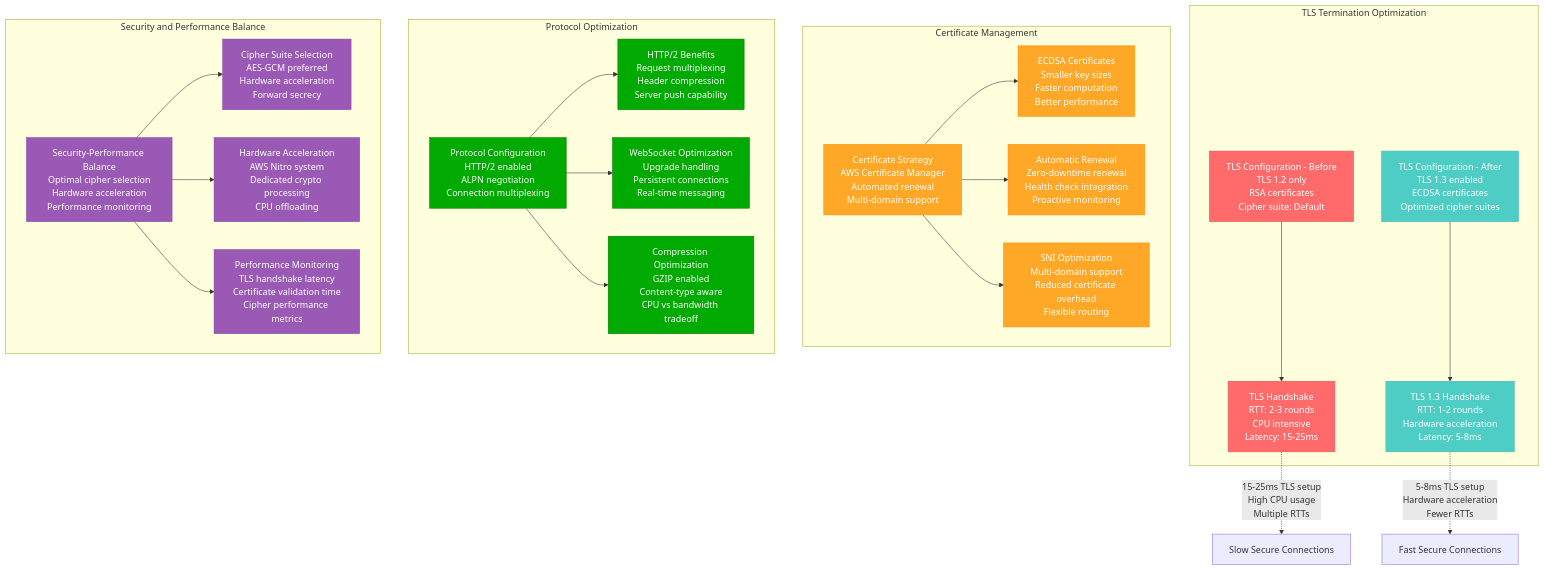
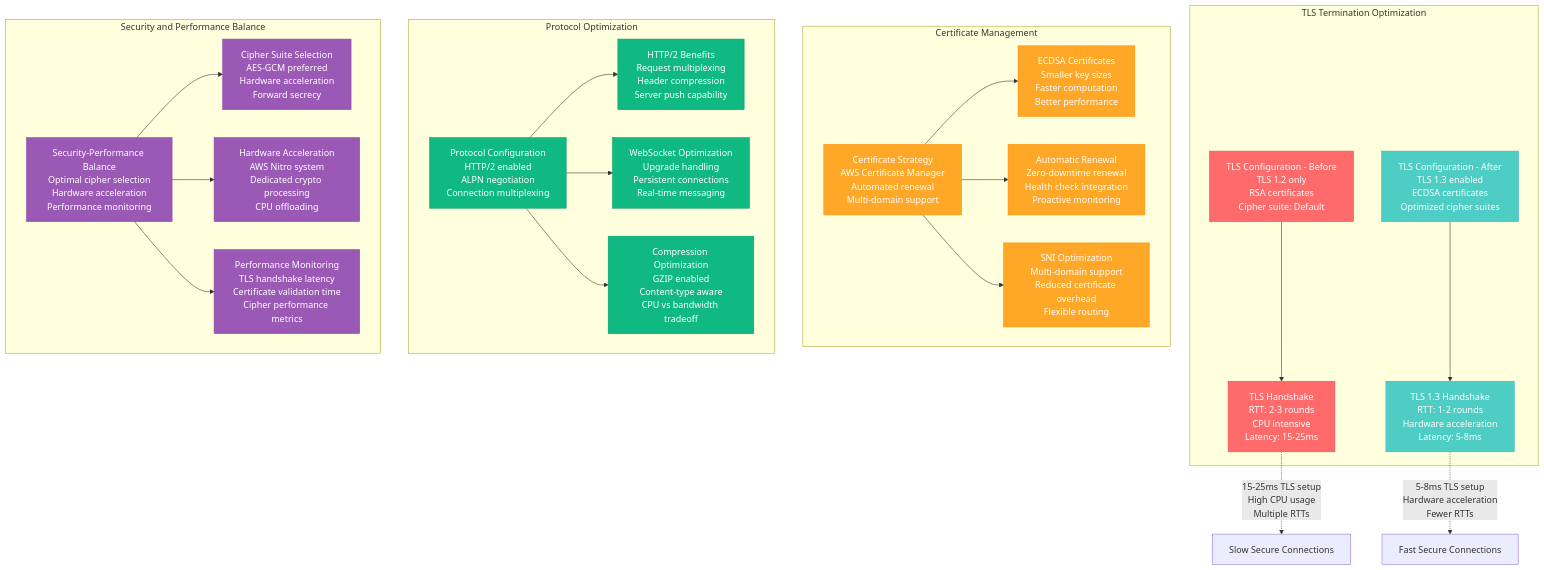
The fifth of 5 diagrams in site/docs/performance/aws-alb-optimization.md (deepaucksharma/DS), drawn with Mermaid before and after one commit. The commit also changed other lines of this file and 303 other files, not shown here.

````diff
--- a/site/docs/performance/aws-alb-optimization.md
+++ b/site/docs/performance/aws-alb-optimization.md
@@ -203,48 +203,48 @@
 ```mermaid
 graph TB
     subgraph "TLS Termination Optimization"
         TLSBefore[TLS Configuration - Before<br/>TLS 1.2 only<br/>RSA certificates<br/>Cipher suite: Default]
         TLSBefore --> SlowHandshake[TLS Handshake<br/>RTT: 2-3 rounds<br/>CPU intensive<br/>Latency: 15-25ms]
 
         TLSAfter[TLS Configuration - After<br/>TLS 1.3 enabled<br/>ECDSA certificates<br/>Optimized cipher suites]
         TLSAfter --> FastHandshake[TLS 1.3 Handshake<br/>RTT: 1-2 rounds<br/>Hardware acceleration<br/>Latency: 5-8ms]
     end
 
     subgraph "Certificate Management"
         CertMgmt[Certificate Strategy<br/>AWS Certificate Manager<br/>Automated renewal<br/>Multi-domain support]
         CertMgmt --> ECDSACerts[ECDSA Certificates<br/>Smaller key sizes<br/>Faster computation<br/>Better performance]
         CertMgmt --> AutoRenewal[Automatic Renewal<br/>Zero-downtime renewal<br/>Health check integration<br/>Proactive monitoring]
         CertMgmt --> SNIOptimization[SNI Optimization<br/>Multi-domain support<br/>Reduced certificate overhead<br/>Flexible routing]
     end
 
     subgraph "Protocol Optimization"
         ProtocolOpt[Protocol Configuration<br/>HTTP/2 enabled<br/>ALPN negotiation<br/>Connection multiplexing]
         ProtocolOpt --> HTTP2Benefits[HTTP/2 Benefits<br/>Request multiplexing<br/>Header compression<br/>Server push capability]
         ProtocolOpt --> WebSocketOpt[WebSocket Optimization<br/>Upgrade handling<br/>Persistent connections<br/>Real-time messaging]
         ProtocolOpt --> CompressionOpt[Compression Optimization<br/>GZIP enabled<br/>Content-type aware<br/>CPU vs bandwidth tradeoff]
     end
 
     subgraph "Security and Performance Balance"
         SecurityPerf[Security-Performance Balance<br/>Optimal cipher selection<br/>Hardware acceleration<br/>Performance monitoring]
         SecurityPerf --> CipherSelection[Cipher Suite Selection<br/>AES-GCM preferred<br/>Hardware acceleration<br/>Forward secrecy]
         SecurityPerf --> HardwareAccel[Hardware Acceleration<br/>AWS Nitro system<br/>Dedicated crypto processing<br/>CPU offloading]
         SecurityPerf --> PerfMonitoring[Performance Monitoring<br/>TLS handshake latency<br/>Certificate validation time<br/>Cipher performance metrics]
     end
 
     %% Performance comparison
     SlowHandshake -.->|"15-25ms TLS setup<br/>High CPU usage<br/>Multiple RTTs"| SlowSecurity[Slow Secure Connections]
     FastHandshake -.->|"5-8ms TLS setup<br/>Hardware acceleration<br/>Fewer RTTs"| FastSecurity[Fast Secure Connections]
 
     %% Apply styles
     classDef beforeStyle fill:#FF6B6B,stroke:#E55555,color:#fff
     classDef afterStyle fill:#4ECDC4,stroke:#45B7B8,color:#fff
     classDef certStyle fill:#FFA726,stroke:#FF8F00,color:#fff
-    classDef protocolStyle fill:#00AA00,stroke:#007700,color:#fff
+    classDef protocolStyle fill:#10B981,stroke:#059669,color:#fff
     classDef securityStyle fill:#9B59B6,stroke:#8E44AD,color:#fff
 
     class TLSBefore,SlowHandshake beforeStyle
     class TLSAfter,FastHandshake afterStyle
     class CertMgmt,ECDSACerts,AutoRenewal,SNIOptimization certStyle
     class ProtocolOpt,HTTP2Benefits,WebSocketOpt,CompressionOpt protocolStyle
     class SecurityPerf,CipherSelection,HardwareAccel,PerfMonitoring securityStyle
 ```
````
